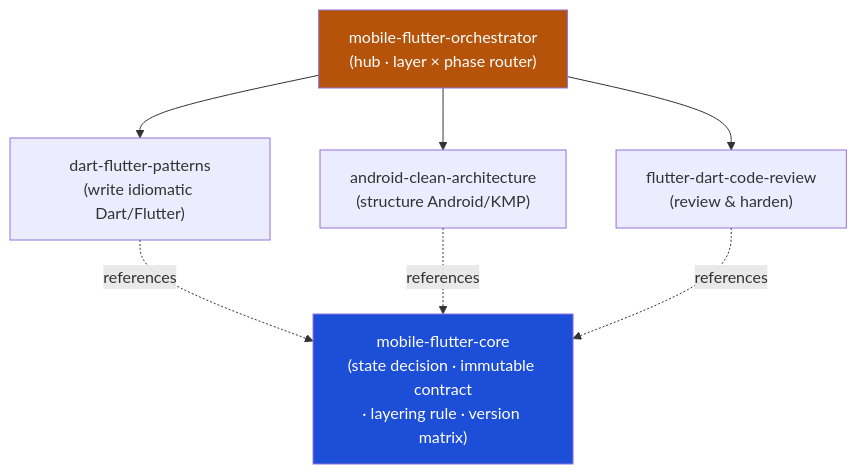
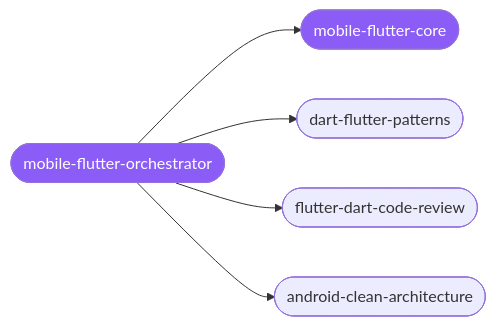
Before and after one commit to Sheshiyer/skill-clusters: the diagram in clusters/mobile-flutter/README.md, drawn with Mermaid. The commit also changed other lines of this file and 44 other files, not shown here.

````diff
--- a/clusters/mobile-flutter/README.md
+++ b/clusters/mobile-flutter/README.md
@@ -30,13 +18,8 @@
 ```mermaid
-graph TD
-    O["mobile-flutter-orchestrator<br/>(hub · layer × phase router)"]
-    O --> P["dart-flutter-patterns<br/>(write idiomatic Dart/Flutter)"]
-    O --> A["android-clean-architecture<br/>(structure Android/KMP)"]
-    O --> R["flutter-dart-code-review<br/>(review & harden)"]
-    P -. references .-> C["mobile-flutter-core<br/>(state decision · immutable contract<br/>· layering rule · version matrix)"]
-    A -. references .-> C
-    R -. references .-> C
-
-    style O fill:#b45309,color:#fff
-    style C fill:#1d4ed8,color:#fff
+graph LR
+  o([mobile-flutter-orchestrator]):::hub --> c([mobile-flutter-core]):::hub
+  o --> s1([dart-flutter-patterns])
+  o --> s2([flutter-dart-code-review])
+  o --> s3([android-clean-architecture])
+  classDef hub fill:#8b5cf6,color:#fff;
 ```
````
